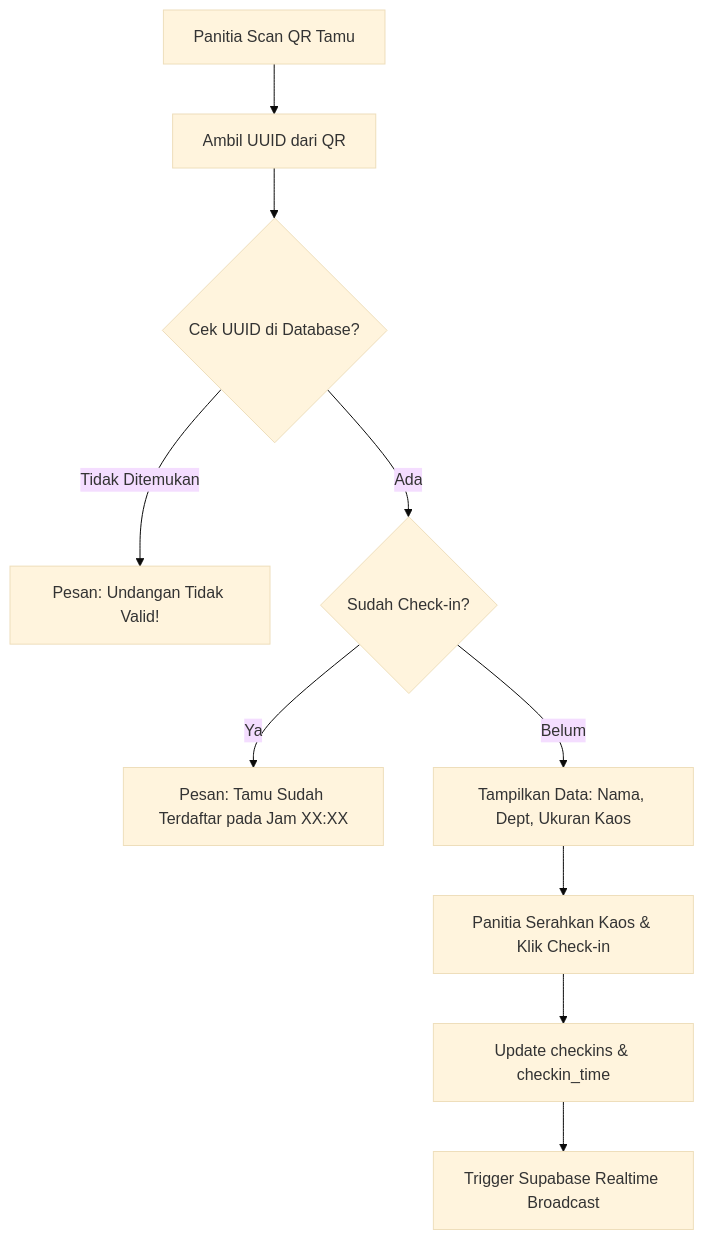
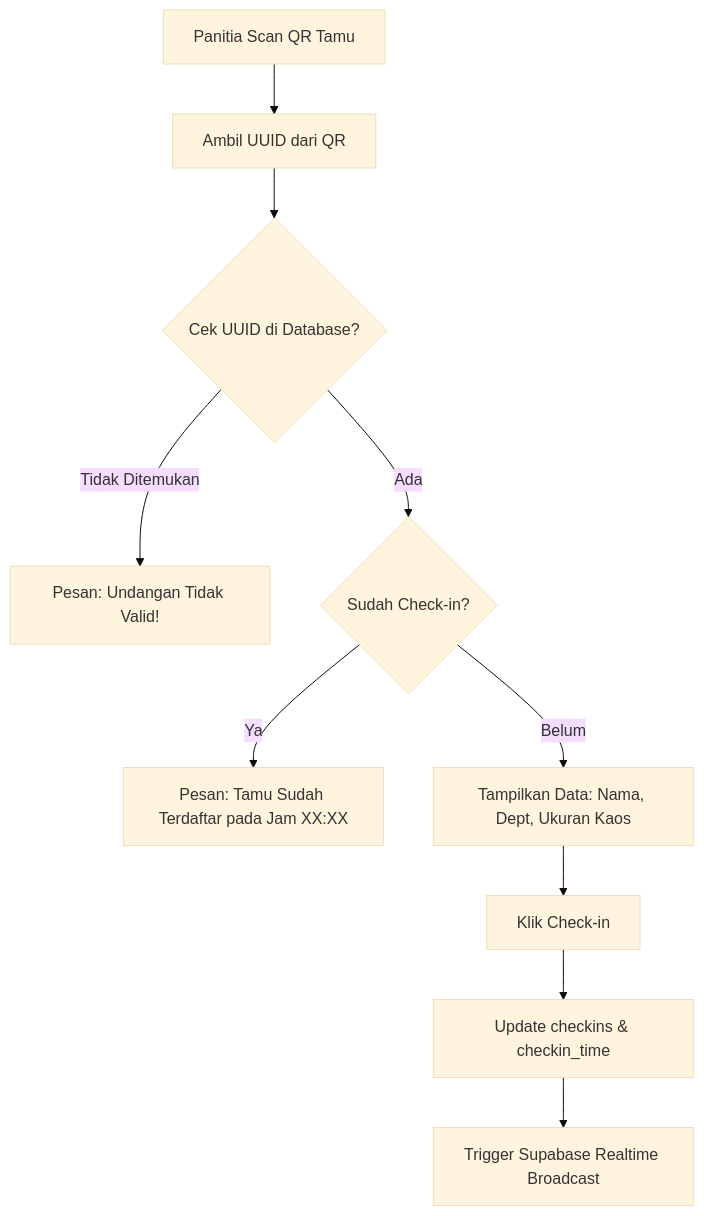
The tenth of 13 diagrams in docs/project_brief.md (bip-itteam-internal/halal-bihalal-2025), drawn with Mermaid (base theme) before and after one commit. The commit also changed other lines of this file, not shown here.

Commit message:
docs: polish project brief formatting and refine check-in flow

````diff
--- a/docs/project_brief.md
+++ b/docs/project_brief.md
@@ -523,12 +531,12 @@
 ```mermaid
 graph TD
     A[Panitia Scan QR Tamu] --> B[Ambil UUID dari QR]
     B --> C{Cek UUID di Database?}
     C -- Tidak Ditemukan --> D[Pesan: Undangan Tidak Valid!]
     C -- Ada --> E{Sudah Check-in?}
     E -- Ya --> F[Pesan: Tamu Sudah Terdaftar pada Jam XX:XX]
     E -- Belum --> G[Tampilkan Data: Nama, Dept, Ukuran Kaos]
-    G --> H[Panitia Serahkan Kaos & Klik Check-in]
+    G --> H[Klik Check-in]
     H --> I[Update checkins & checkin_time]
     I --> J[Trigger Supabase Realtime Broadcast]
 ```
````
